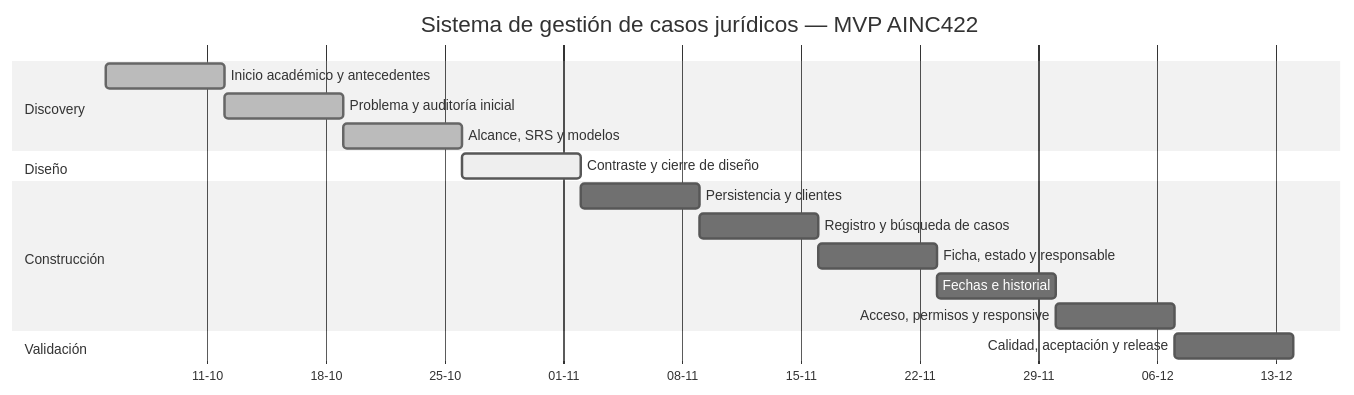
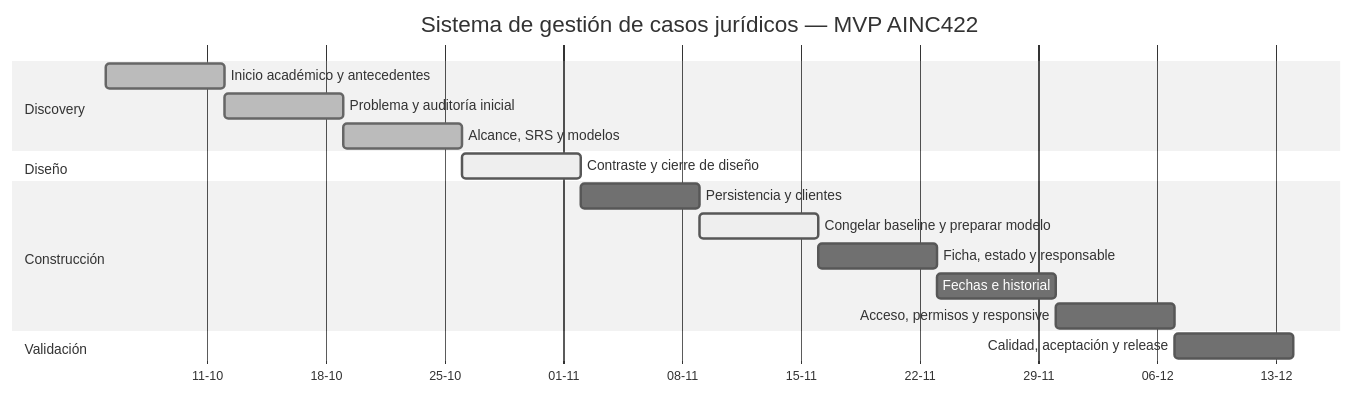
The diagram in docs/planning/GANTT.md (DerSarco/sistema-gestion-casos-juridicos), drawn with Mermaid (neutral theme) before and after one commit. The commit also changed other lines of this file and 13 other files, not shown here.

````diff
--- a/docs/planning/GANTT.md
+++ b/docs/planning/GANTT.md
@@ -31,20 +31,20 @@
 ```mermaid
 gantt
     title Sistema de gestión de casos jurídicos — MVP AINC422
     dateFormat  YYYY-MM-DD
     axisFormat  %d-%m
     section Discovery
     Inicio académico y antecedentes     :done, d1, 2026-10-05, 7d
     Problema y auditoría inicial         :done, d2, 2026-10-12, 7d
     Alcance, SRS y modelos               :done, d3, 2026-10-19, 7d
     section Diseño
     Contraste y cierre de diseño         :active, d4, 2026-10-26, 7d
     section Construcción
     Persistencia y clientes              :c1, 2026-11-02, 7d
-    Registro y búsqueda de casos         :c2, after c1, 7d
+    Congelar baseline y preparar modelo  :active, c2, after c1, 7d
     Ficha, estado y responsable          :c3, after c2, 7d
     Fechas e historial                   :c4, after c3, 7d
     Acceso, permisos y responsive        :c5, after c4, 7d
     section Validación
     Calidad, aceptación y release        :v1, 2026-12-07, 7d
 ```
````
